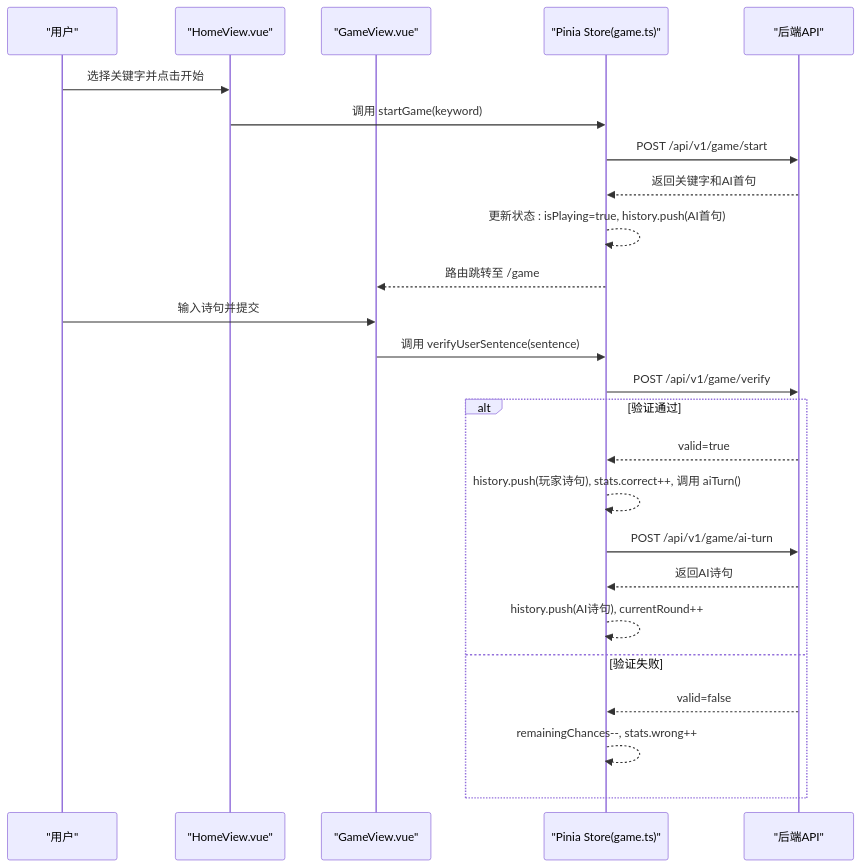
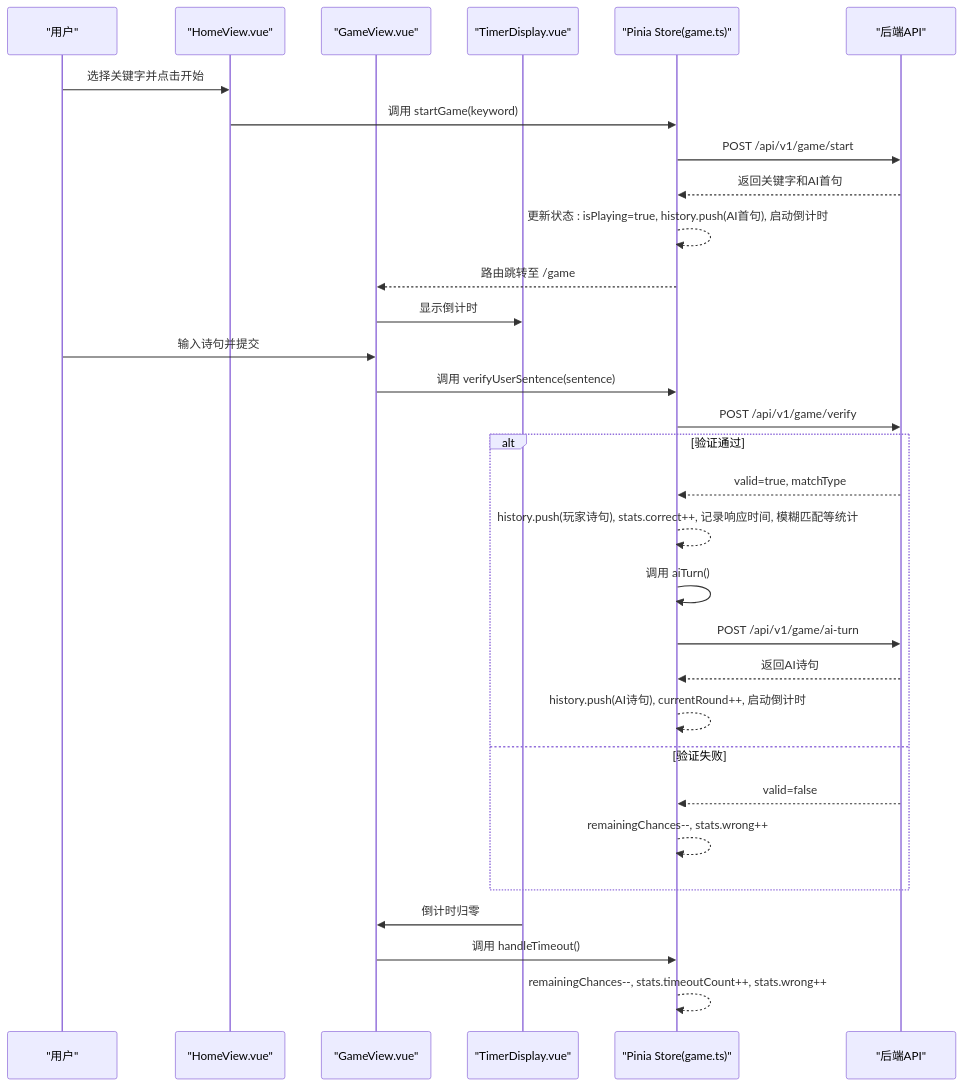
One commit to iazrael/feihua-ling changed the second of 5 diagrams in .qoder/repowiki/zh/content/核心功能设计/游戏状态管理.md. Above: the diagram before and after it, drawn with Mermaid. The commit also changed other lines of this file and 23 other files, not shown here.

````diff
--- a/.qoder/repowiki/zh/content/核心功能设计/游戏状态管理.md
+++ b/.qoder/repowiki/zh/content/核心功能设计/游戏状态管理.md
@@ -87,27 +99,33 @@
 ```mermaid
 sequenceDiagram
 participant U as "用户"
 participant HV as "HomeView.vue"
 participant GV as "GameView.vue"
+participant TD as "TimerDisplay.vue"
 participant S as "Pinia Store(game.ts)"
 participant BE as "后端API"
 U->>HV : 选择关键字并点击开始
 HV->>S : 调用 startGame(keyword)
 S->>BE : POST /api/v1/game/start
 BE-->>S : 返回关键字和AI首句
-S-->>S : 更新状态 : isPlaying=true, history.push(AI首句)
+S-->>S : 更新状态 : isPlaying=true, history.push(AI首句), 启动倒计时
 S-->>GV : 路由跳转至 /game
+GV->>TD : 显示倒计时
 U->>GV : 输入诗句并提交
 GV->>S : 调用 verifyUserSentence(sentence)
 S->>BE : POST /api/v1/game/verify
 alt 验证通过
-BE-->>S : valid=true
-S-->>S : history.push(玩家诗句), stats.correct++, 调用 aiTurn()
+BE-->>S : valid=true, matchType
+S-->>S : history.push(玩家诗句), stats.correct++, 记录响应时间, 模糊匹配等统计
+S->>S : 调用 aiTurn()
 S->>BE : POST /api/v1/game/ai-turn
 BE-->>S : 返回AI诗句
-S-->>S : history.push(AI诗句), currentRound++
+S-->>S : history.push(AI诗句), currentRound++, 启动倒计时
 else 验证失败
 BE-->>S : valid=false
 S-->>S : remainingChances--, stats.wrong++
 end
+TD->>GV : 倒计时归零
+GV->>S : 调用 handleTimeout()
+S-->>S : remainingChances--, stats.timeoutCount++, stats.wrong++
 ```
````
